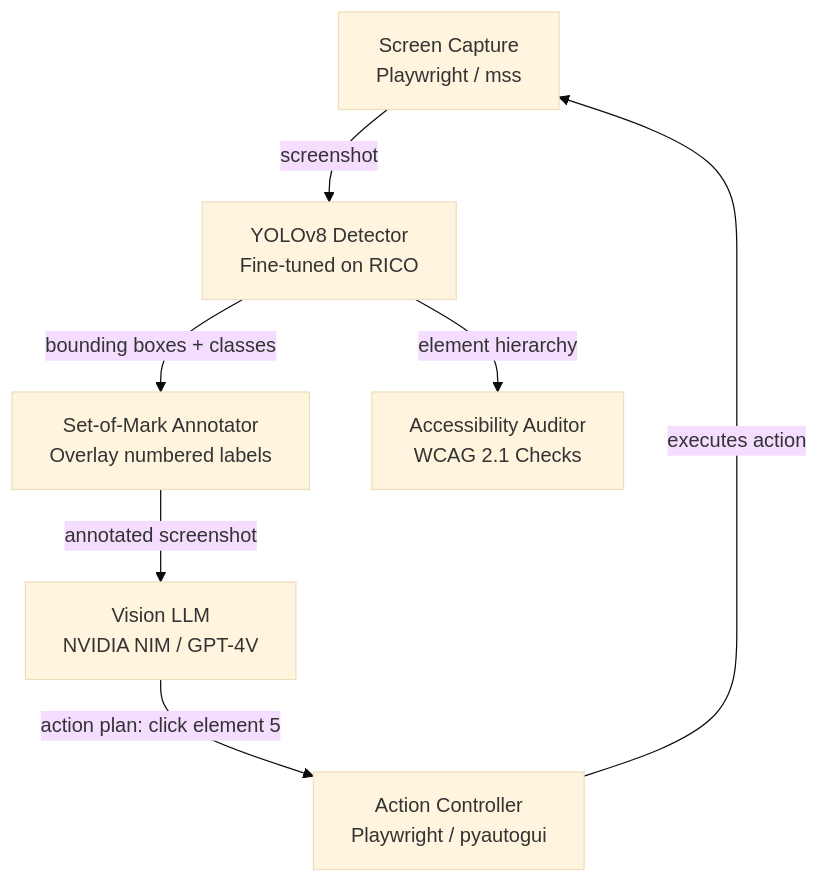
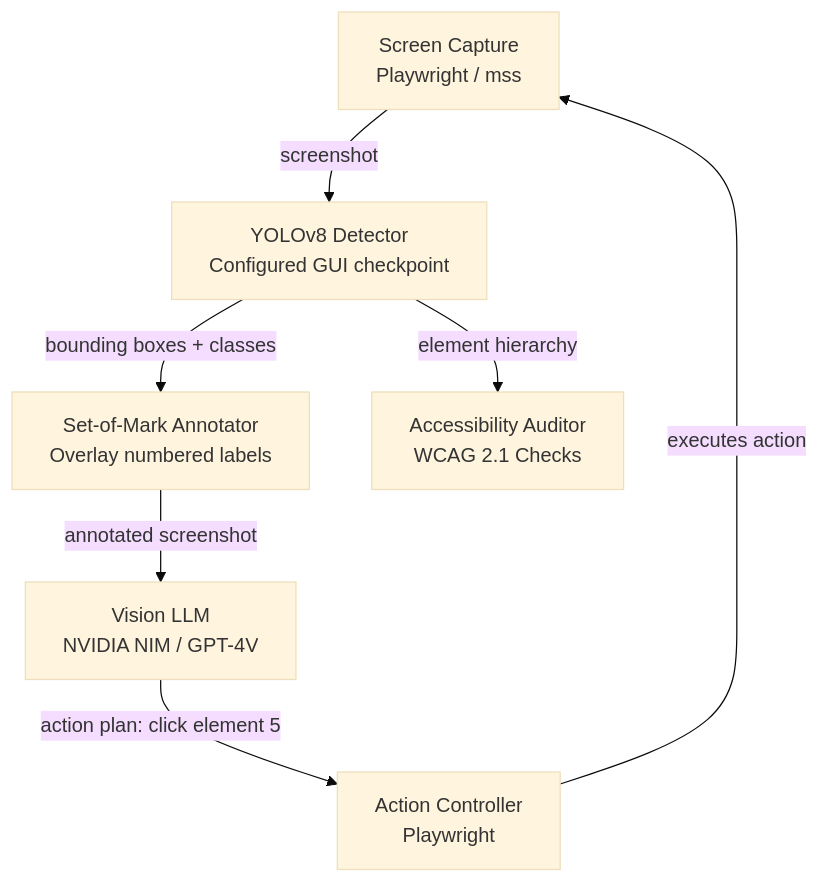
The diagram in README.md (ik123a/guigazer), drawn with Mermaid (base theme) before and after one commit. The commit also changed other lines of this file and 7 other files, not shown here.

````diff
--- a/README.md
+++ b/README.md
@@ -32,9 +67,9 @@
 ```mermaid
 graph TD
-    A[Screen Capture<br/>Playwright / mss] -->|screenshot| B[YOLOv8 Detector<br/>Fine-tuned on RICO]
+    A[Screen Capture<br/>Playwright / mss] -->|screenshot| B[YOLOv8 Detector<br/>Configured GUI checkpoint]
     B -->|bounding boxes + classes| C[Set-of-Mark Annotator<br/>Overlay numbered labels]
     C -->|annotated screenshot| D[Vision LLM<br/>NVIDIA NIM / GPT-4V]
-    D -->|action plan: click element 5| E[Action Controller<br/>Playwright / pyautogui]
+    D -->|action plan: click element 5| E[Action Controller<br/>Playwright]
     E -->|executes action| A
     B -->|element hierarchy| F[Accessibility Auditor<br/>WCAG 2.1 Checks]
 ```
````
